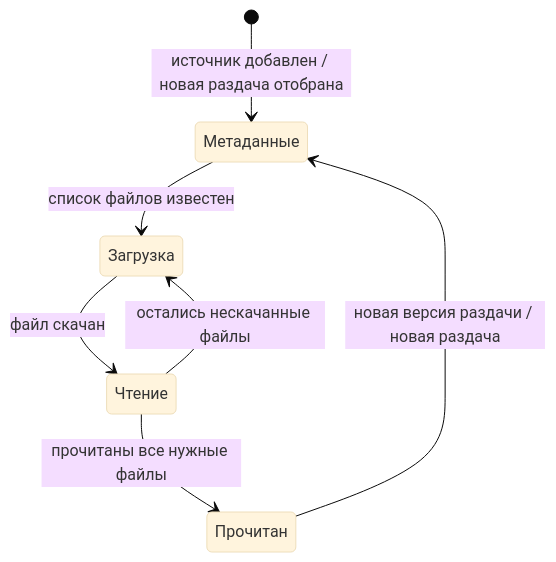
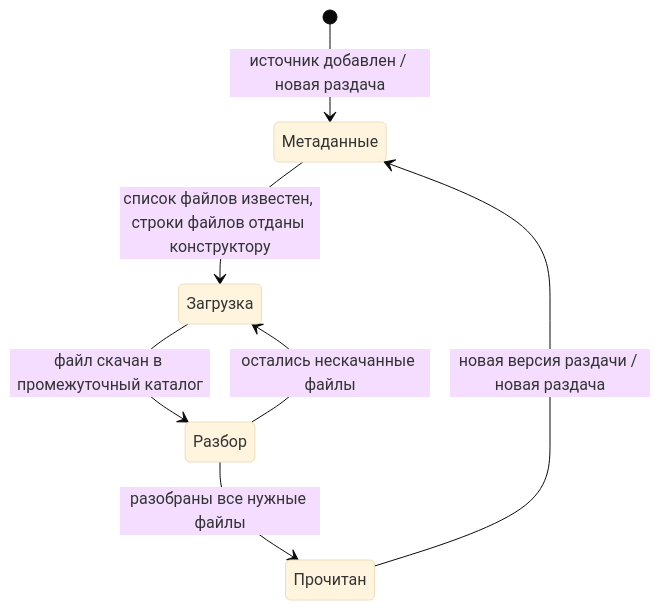
The diagram in docs/missions/voice-alignment/stage-15/DESIGN.md (wolfram0108/series-tracker), drawn with Mermaid (base theme) before and after one commit. The commit also changed other lines of this file and 2 other files, not shown here.

````diff
--- a/docs/missions/voice-alignment/stage-15/DESIGN.md
+++ b/docs/missions/voice-alignment/stage-15/DESIGN.md
@@ -46,9 +35,9 @@
 ```mermaid
 stateDiagram-v2
-    [*] --> Метаданные: источник добавлен / новая раздача отобрана
-    Метаданные --> Загрузка: список файлов известен
-    Загрузка --> Чтение: файл скачан
-    Чтение --> Загрузка: остались нескачанные файлы
-    Чтение --> Прочитан: прочитаны все нужные файлы
+    [*] --> Метаданные: источник добавлен / новая раздача
+    Метаданные --> Загрузка: список файлов известен, строки файлов отданы конструктору
+    Загрузка --> Разбор: файл скачан в промежуточный каталог
+    Разбор --> Загрузка: остались нескачанные файлы
+    Разбор --> Прочитан: разобраны все нужные файлы
     Прочитан --> Метаданные: новая версия раздачи / новая раздача
 ```
````
